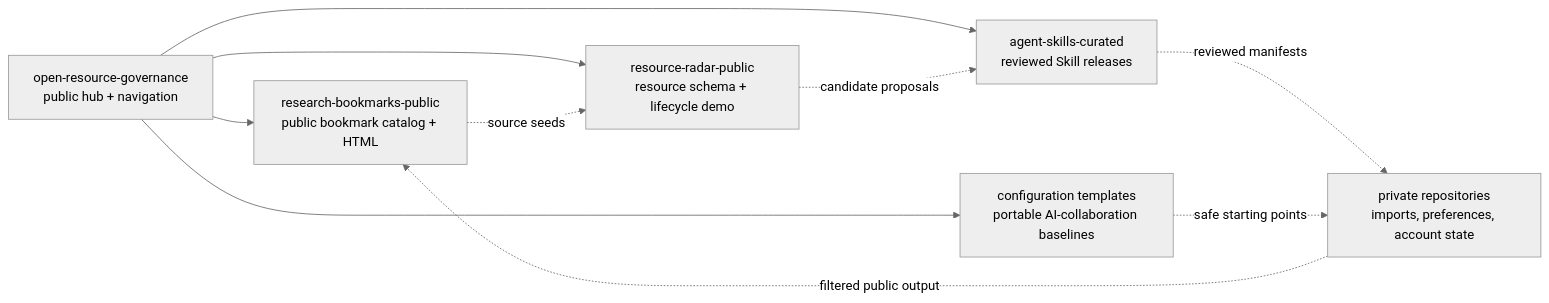
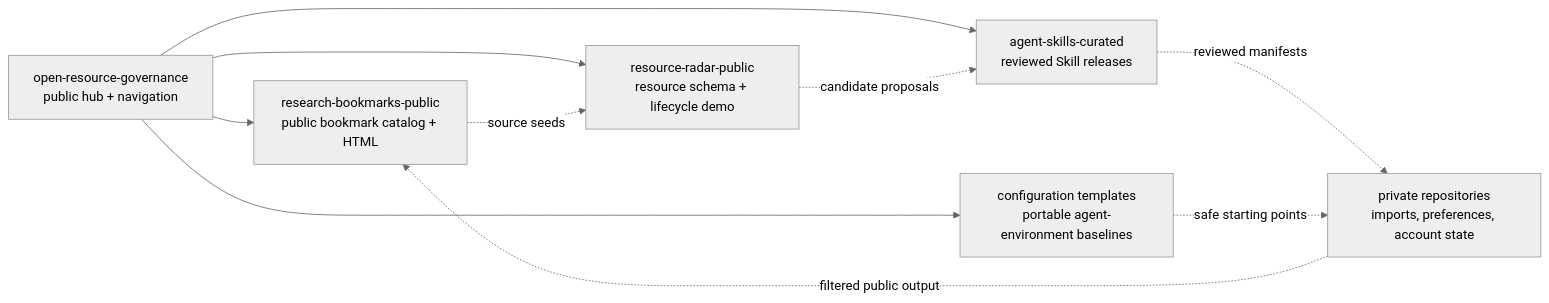
One commit to yiheng8023/open-resource-governance changed the diagram in README.md. Above: the diagram before and after it, drawn with Mermaid (neutral theme). The commit also changed other lines of this file and 5 other files, not shown here.

Commit message:
Generalize agent environment topology

````diff
--- a/README.md
+++ b/README.md
@@ -84,19 +84,19 @@
 ```mermaid
 flowchart LR
   hub["open-resource-governance<br/>public hub + navigation"]
   bookmarks["research-bookmarks-public<br/>public bookmark catalog + HTML"]
   radar["resource-radar-public<br/>resource schema + lifecycle demo"]
-  templates["configuration templates<br/>portable AI-collaboration baselines"]
+  templates["configuration templates<br/>portable agent-environment baselines"]
   private["private repositories<br/>imports, preferences, account state"]
   skills["agent-skills-curated<br/>reviewed Skill releases"]
 
   hub --> bookmarks
   hub --> radar
   hub --> templates
   hub --> skills
   private -. "filtered public output" .-> bookmarks
   bookmarks -. "source seeds" .-> radar
   radar -. "candidate proposals" .-> skills
   skills -. "reviewed manifests" .-> private
   templates -. "safe starting points" .-> private
 ```
````
